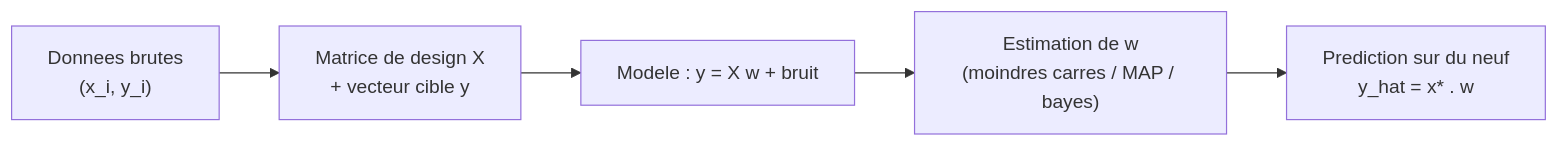
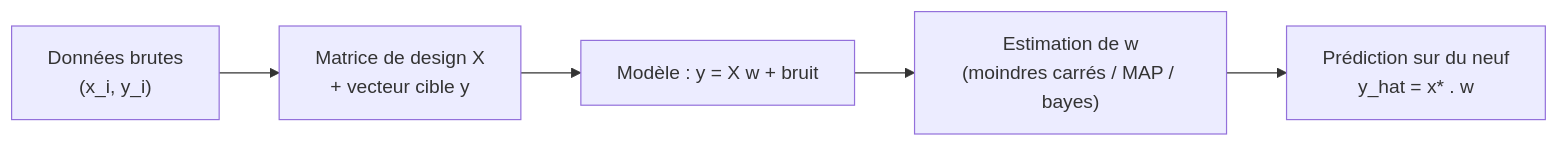
One commit to tanguychenier/Mathematiques-pour-le-Machine-Learning changed the first of 4 diagrams in chapitres/09-regression-lineaire.md. Above: the diagram before and after it, drawn with Mermaid. The commit also changed other lines of this file and 7 other files, not shown here.

````diff
--- a/chapitres/09-regression-lineaire.md
+++ b/chapitres/09-regression-lineaire.md
@@ -119,7 +119,7 @@
 ```mermaid
 flowchart LR
-    A["Donnees brutes<br/>(x_i, y_i)"] --> B["Matrice de design X<br/>+ vecteur cible y"]
-    B --> C["Modele : y = X w + bruit"]
-    C --> D["Estimation de w<br/>(moindres carres / MAP / bayes)"]
-    D --> E["Prediction sur du neuf<br/>y_hat = x* . w"]
+    A["Données brutes<br/>(x_i, y_i)"] --> B["Matrice de design X<br/>+ vecteur cible y"]
+    B --> C["Modèle : y = X w + bruit"]
+    C --> D["Estimation de w<br/>(moindres carrés / MAP / bayes)"]
+    D --> E["Prédiction sur du neuf<br/>y_hat = x* . w"]
 ```
````
